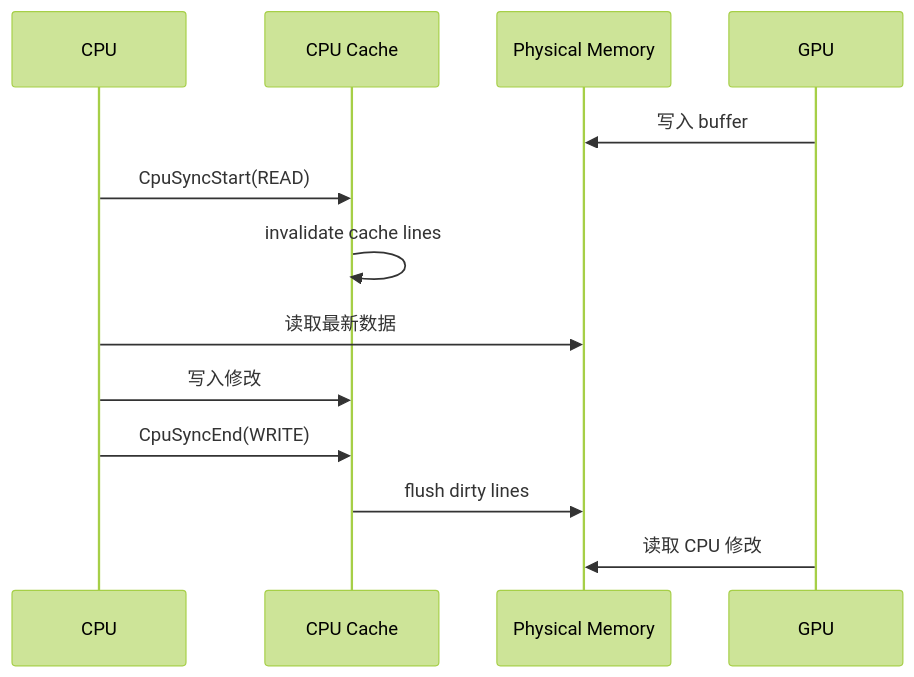
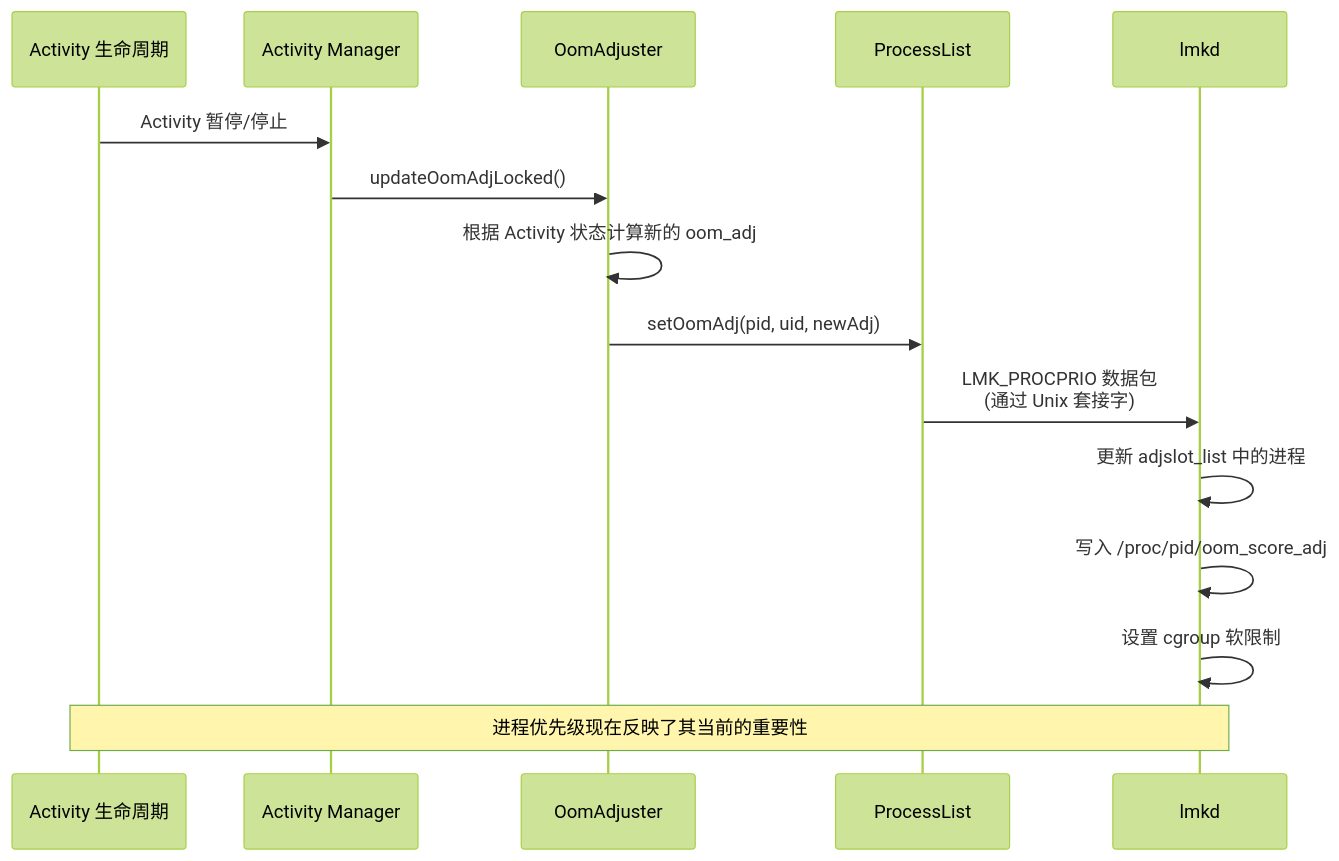
Diagram 18 of 20 in 08-memory-management-zh.md (fwrite0920/aosp-internal-book), drawn with Mermaid (forest theme) before and after one commit. The commit also changed other lines of this file and 63 other files, not shown here.

````diff
--- a/08-memory-management-zh.md
+++ b/08-memory-management-zh.md
@@ -499,16 +1802,19 @@
 ```mermaid
 sequenceDiagram
-    participant CPU
-    participant Cache as CPU Cache
-    participant RAM as Physical Memory
-    participant GPU
+    participant App as Activity 生命周期
+    participant AMS as Activity Manager
+    participant OomAdj as OomAdjuster
+    participant ProcList as ProcessList
+    participant LMKD as lmkd
 
-    GPU->>RAM: 写入 buffer
-    CPU->>Cache: CpuSyncStart(READ)
-    Cache->>Cache: invalidate cache lines
-    CPU->>RAM: 读取最新数据
-    CPU->>Cache: 写入修改
-    CPU->>Cache: CpuSyncEnd(WRITE)
-    Cache->>RAM: flush dirty lines
-    GPU->>RAM: 读取 CPU 修改
+    App->>AMS: Activity 暂停/停止
+    AMS->>OomAdj: updateOomAdjLocked()
+    OomAdj->>OomAdj: 根据 Activity 状态计算新的 oom_adj
+    OomAdj->>ProcList: setOomAdj(pid, uid, newAdj)
+    ProcList->>LMKD: LMK_PROCPRIO 数据包<br/>(通过 Unix 套接字)
+    LMKD->>LMKD: 更新 adjslot_list 中的进程
+    LMKD->>LMKD: 写入 /proc/pid/oom_score_adj
+    LMKD->>LMKD: 设置 cgroup 软限制
+
+    Note over App,LMKD: 进程优先级现在反映了其当前的重要性
 ```
````
